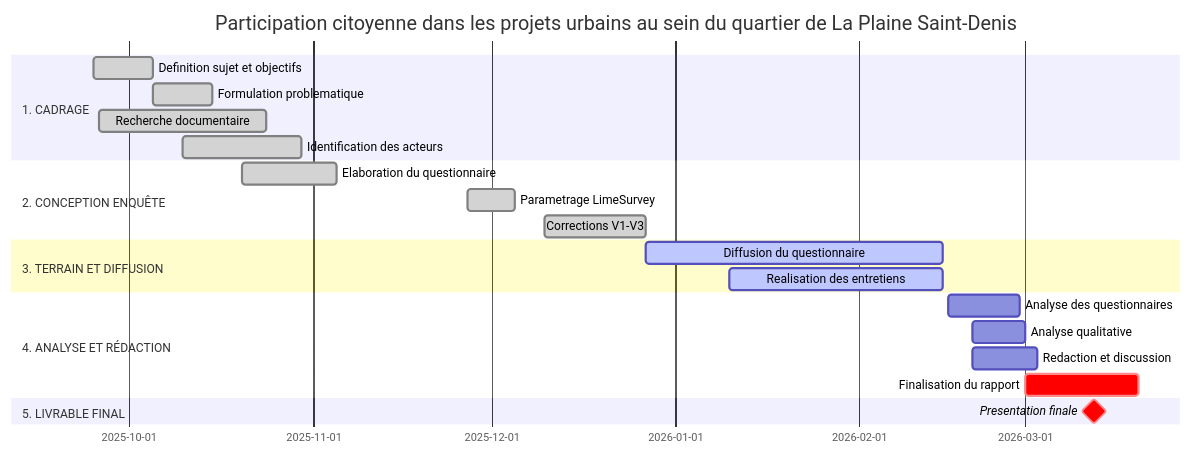
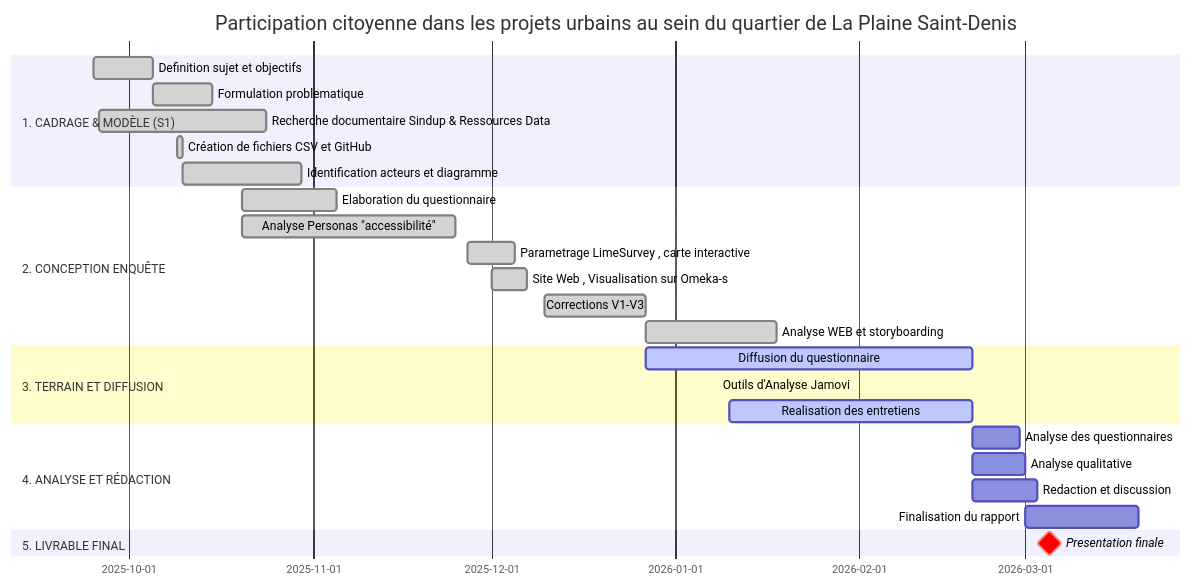
One commit to kahiarchi/LeBatiment_PlaineSaintDenis changed the diagram in etatAvancement.md. Above: the diagram before and after it, drawn with Mermaid.

````diff
--- a/etatAvancement.md
+++ b/etatAvancement.md
@@ -1,29 +1,34 @@
 ```mermaid
 gantt
     
     title Participation citoyenne dans les projets urbains au sein du quartier de La Plaine Saint-Denis
     dateFormat  YYYY-MM-DD
-    section 1. CADRAGE 
-    Definition sujet et objectifs    :done, t1, 2025-09-25, 2025-10-05
-    Formulation problematique        :done, t2, 2025-10-05, 2025-10-15
-    Recherche documentaire           :done, t3, 2025-09-26, 2025-10-24
-    Identification des acteurs       :done, t4, 2025-10-10, 2025-10-30
+    section 1. CADRAGE & MODÈLE (S1)
+    Definition sujet et objectifs                    :done, t1, 2025-09-25, 2025-10-05
+    Formulation problematique                        :done, t2, 2025-10-05, 2025-10-15
+    Recherche documentaire Sindup & Ressources Data  :done, t3, 2025-09-26, 2025-10-24
+    Création de fichiers CSV et GitHub               :done, t4, 2025-10-09, 2025-10-10
+    Identification acteurs et diagramme              :done, t5, 2025-10-10, 2025-10-30
 
     section 2. CONCEPTION ENQUÊTE
-    Elaboration du questionnaire     :done, t7, 2025-10-20, 2025-11-05
-    Parametrage LimeSurvey           :done, t8, 2025-11-27, 2025-12-05
-    Corrections V1-V3                :done, t9, 2025-12-10, 2025-12-27
+    Elaboration du questionnaire                     :done, t6, 2025-10-20, 2025-11-05
+    Analyse Personas "accessibilité"                 :done, t7, 2025-10-20, 2025-11-25
+    Parametrage LimeSurvey , carte interactive       :done, t8, 2025-11-27, 2025-12-05
+    Site Web , Visualisation sur Omeka-s             :done, t9, 2025-12-01, 2025-12-07
+    Corrections V1-V3                                :done, t10, 2025-12-10, 2025-12-27
+    Analyse WEB et storyboarding                     :done, t11, 2025-12-27, 2026-01-18
 
     section 3. TERRAIN ET DIFFUSION
-    Diffusion du questionnaire       :active, t12, 2025-12-27, 2026-02-15
-    Realisation des entretiens       :active, t15, 2026-01-10, 2026-02-15
+    Diffusion du questionnaire                       :active, t12, 2025-12-27, 2026-02-20
+    Outils d'Analyse Jamovi                          :done, t13, 2026-01-08, 0d
+    Realisation des entretiens                       :active, t14, 2026-01-10, 2026-02-20
 
     section 4. ANALYSE ET RÉDACTION
-    Analyse des questionnaires       :t16, 2026-02-16, 2026-02-28
-    Analyse qualitative              :t17, 2026-02-20, 2026-03-01
-    Redaction et discussion          :t18, 2026-02-20, 2026-03-03
-    Finalisation du rapport          :crit, t19, 2026-03-01, 2026-03-20
+    Analyse des questionnaires       :t15, 2026-02-20, 2026-02-28
+    Analyse qualitative              :t16, 2026-02-20, 2026-03-01
+    Redaction et discussion          :t17, 2026-02-20, 2026-03-03
+    Finalisation du rapport          :t18, 2026-03-01, 2026-03-20
 
     section 5. LIVRABLE FINAL
-    Presentation finale              :crit, milestone, 2026-03-05
+    Presentation finale              :crit, milestone, 2026-03-05, 0d
 ```
````
